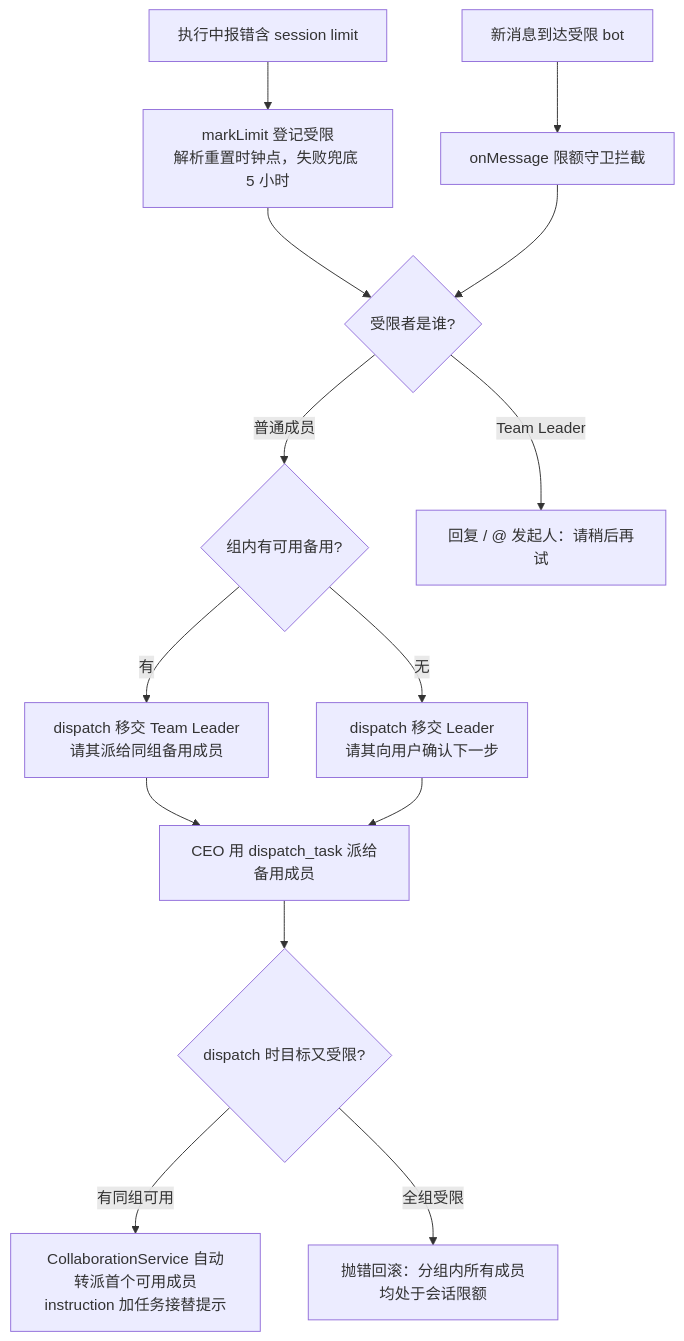
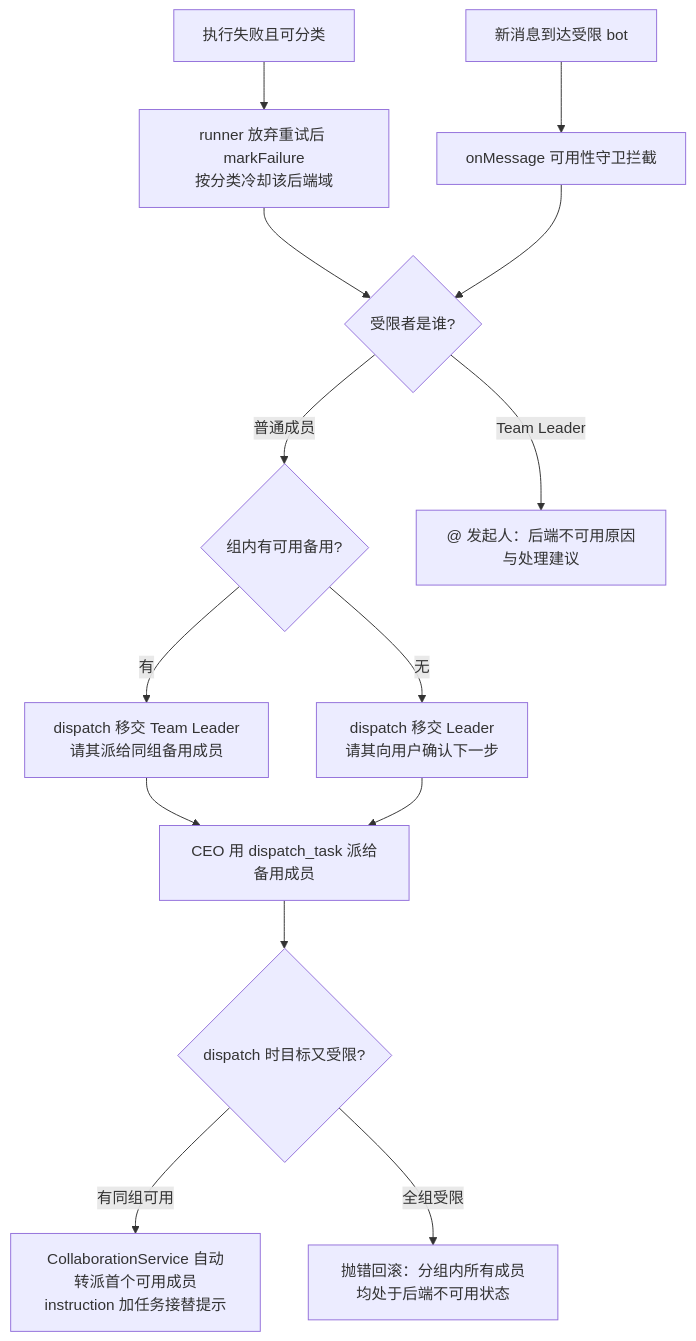
One commit to CerrorJ/Agent-Team changed the second of 2 diagrams in openwiki/domain/collaboration.md. Above: the diagram before and after it, drawn with Mermaid. The commit also changed other lines of this file and 10 other files, not shown here.

````diff
--- a/openwiki/domain/collaboration.md
+++ b/openwiki/domain/collaboration.md
@@ -116,16 +116,16 @@
 ```mermaid
 flowchart TD
-    ERR["执行中报错含 session limit"] --> MARK["markLimit 登记受限<br/>解析重置时钟点，失败兜底 5 小时"]
-    INCOMING["新消息到达受限 bot"] --> GUARD["onMessage 限额守卫拦截"]
+    ERR["执行失败且可分类"] --> MARK["runner 放弃重试后 markFailure<br/>按分类冷却该后端域"]
+    INCOMING["新消息到达受限 bot"] --> GUARD["onMessage 可用性守卫拦截"]
     MARK --> WHO{"受限者是谁?"}
     GUARD --> WHO
     WHO -->|"普通成员"| HAS{"组内有可用备用?"}
     HAS -->|"有"| DISPATCH["dispatch 移交 Team Leader<br/>请其派给同组备用成员"]
     HAS -->|"无"| REPORT["dispatch 移交 Leader<br/>请其向用户确认下一步"]
-    WHO -->|"Team Leader"| DECLINE["回复 / @ 发起人：请稍后再试"]
+    WHO -->|"Team Leader"| DECLINE["@ 发起人：后端不可用原因与处理建议"]
     DISPATCH --> CEO["CEO 用 dispatch_task 派给备用成员"]
     REPORT --> CEO
     CEO --> SWAP{"dispatch 时目标又受限?"}
     SWAP -->|有同组可用| AUTO["CollaborationService 自动转派首个可用成员<br/>instruction 加任务接替提示"]
-    SWAP -->|全组受限| THROW["抛错回滚：分组内所有成员均处于会话限额"]
+    SWAP -->|全组受限| THROW["抛错回滚：分组内所有成员均处于后端不可用状态"]
 ```
````
